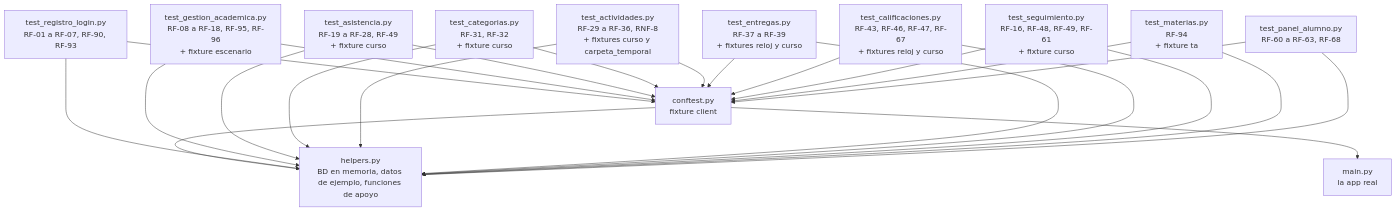
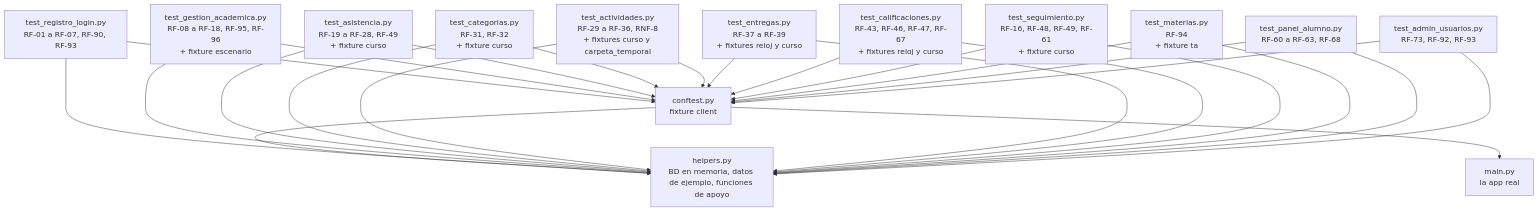
The diagram in docs/backend/07-pruebas.md (Huitrado/SEPA), drawn with Mermaid before and after one commit. The commit also changed other lines of this file and 12 other files, not shown here.

````diff
--- a/docs/backend/07-pruebas.md
+++ b/docs/backend/07-pruebas.md
@@ -50,25 +50,27 @@
 ```mermaid
 flowchart TD
     C["conftest.py<br/>fixture client"] --> H["helpers.py<br/>BD en memoria, datos de ejemplo, funciones de apoyo"]
     C --> M["main.py<br/>la app real"]
     T1["test_registro_login.py<br/>RF-01 a RF-07, RF-90, RF-93"] --> C
     T1 --> H
     T2["test_gestion_academica.py<br/>RF-08 a RF-18, RF-95, RF-96<br/>+ fixture escenario"] --> C
     T2 --> H
     T3["test_asistencia.py<br/>RF-19 a RF-28, RF-49<br/>+ fixture curso"] --> C
     T3 --> H
     T4["test_categorias.py<br/>RF-31, RF-32<br/>+ fixture curso"] --> C
     T4 --> H
     T5["test_actividades.py<br/>RF-29 a RF-36, RNF-8<br/>+ fixtures curso y carpeta_temporal"] --> C
     T5 --> H
     T6["test_entregas.py<br/>RF-37 a RF-39<br/>+ fixtures reloj y curso"] --> C
     T6 --> H
     T7["test_calificaciones.py<br/>RF-43, RF-46, RF-47, RF-67<br/>+ fixtures reloj y curso"] --> C
     T7 --> H
     T8["test_seguimiento.py<br/>RF-16, RF-48, RF-49, RF-61<br/>+ fixture curso"] --> C
     T8 --> H
     T9["test_materias.py<br/>RF-94<br/>+ fixture ta"] --> C
     T9 --> H
     T10["test_panel_alumno.py<br/>RF-60 a RF-63, RF-68"] --> C
     T10 --> H
+    T11["test_admin_usuarios.py<br/>RF-73, RF-92, RF-93"] --> C
+    T11 --> H
 ```
````
